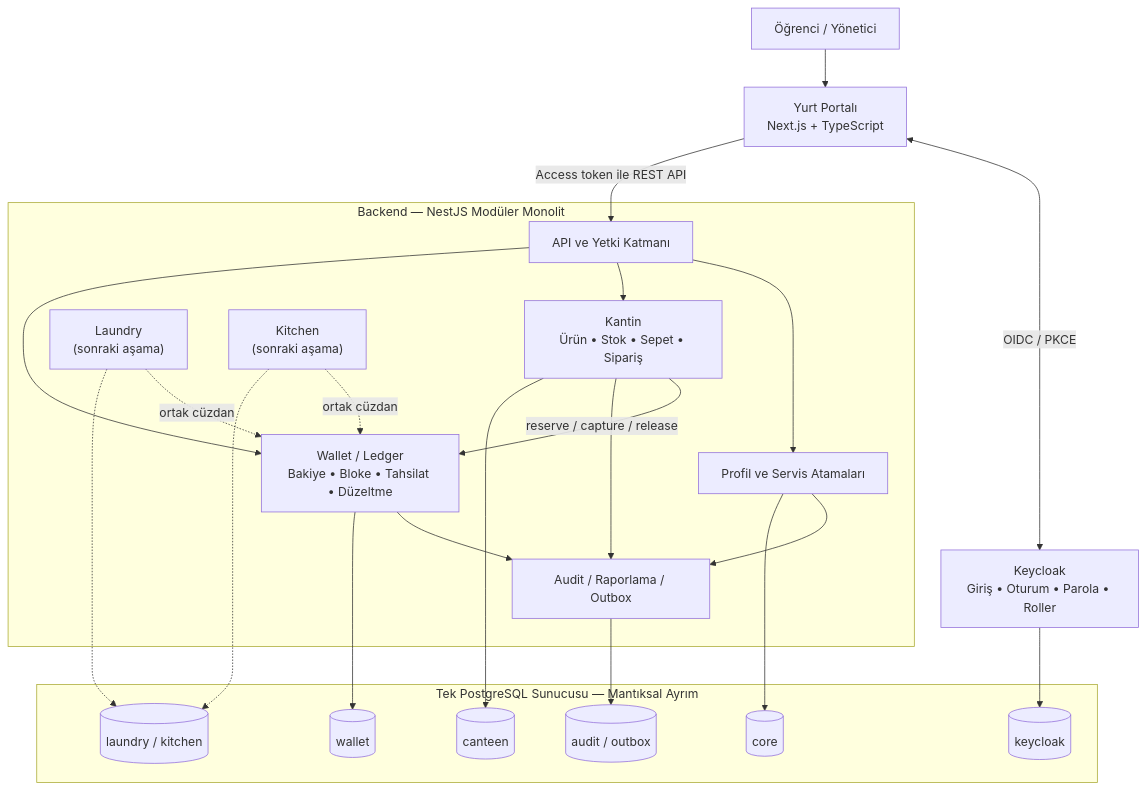
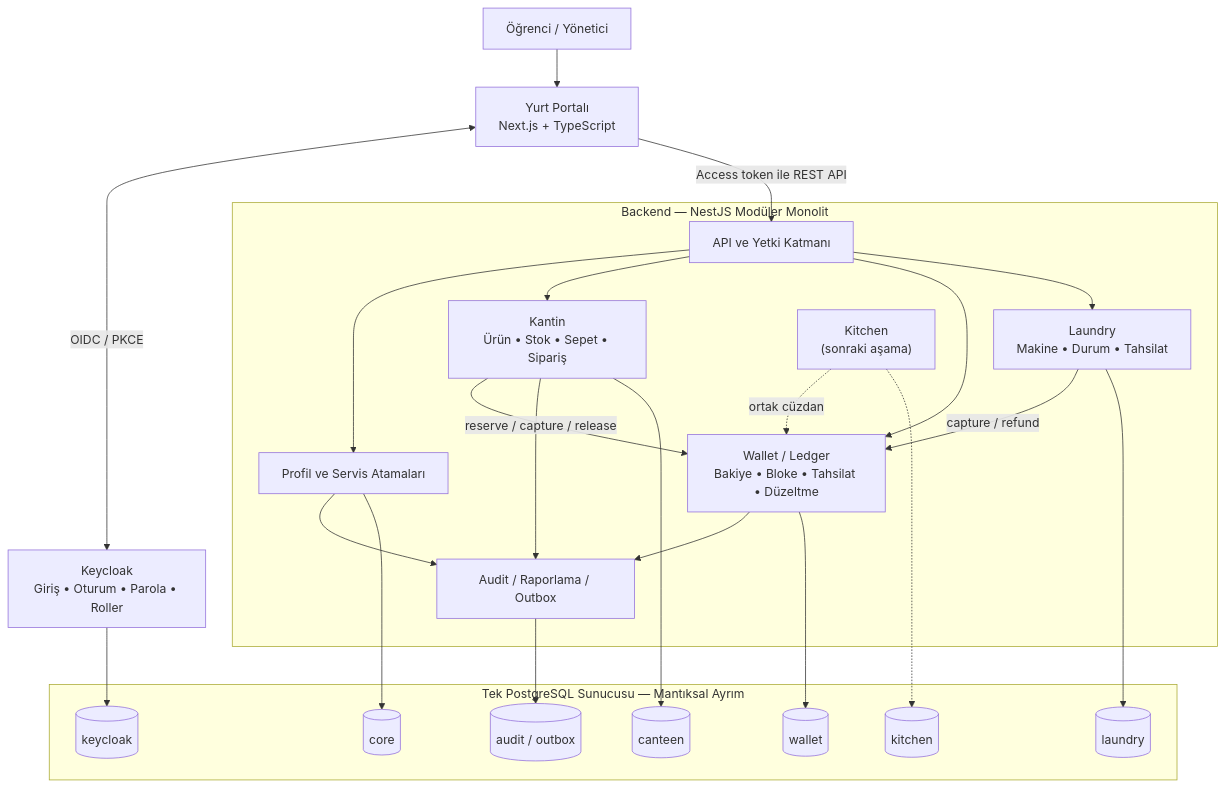
Before and after one commit to Furkandm8xs1/facilititesforstudents: the first of 2 diagrams in docs/architecture.md, drawn with Mermaid. The commit also changed other lines of this file and 32 other files, not shown here.

````diff
--- a/docs/architecture.md
+++ b/docs/architecture.md
@@ -33,43 +34,45 @@
 ```mermaid
 flowchart TB
     USER["Öğrenci / Yönetici"] --> WEB["Yurt Portalı<br/>Next.js + TypeScript"]
     WEB <-->|"OIDC / PKCE"| KC["Keycloak<br/>Giriş • Oturum • Parola • Roller"]
     WEB -->|"Access token ile REST API"| API
 
     subgraph APP["Backend — NestJS Modüler Monolit"]
         API["API ve Yetki Katmanı"]
         PROFILE["Profil ve Servis Atamaları"]
         WALLET["Wallet / Ledger<br/>Bakiye • Bloke • Tahsilat • Düzeltme"]
         CANTEEN["Kantin<br/>Ürün • Stok • Sepet • Sipariş"]
-        LAUNDRY["Laundry<br/>(sonraki aşama)"]
+        LAUNDRY["Laundry<br/>Makine • Durum • Tahsilat"]
         KITCHEN["Kitchen<br/>(sonraki aşama)"]
         AUDIT["Audit / Raporlama / Outbox"]
 
         API --> PROFILE
         API --> CANTEEN
         API --> WALLET
+        API --> LAUNDRY
         CANTEEN -->|"reserve / capture / release"| WALLET
-        LAUNDRY -.->|"ortak cüzdan"| WALLET
+        LAUNDRY -->|"capture / refund"| WALLET
         KITCHEN -.->|"ortak cüzdan"| WALLET
         PROFILE --> AUDIT
         CANTEEN --> AUDIT
         WALLET --> AUDIT
     end
 
     subgraph PG["Tek PostgreSQL Sunucusu — Mantıksal Ayrım"]
         KCDB[("keycloak")]
         COREDB[("core")]
         WALLETDB[("wallet")]
         CANTEENDB[("canteen")]
+        LAUNDRYDB[("laundry")]
         AUDITDB[("audit / outbox")]
-        FUTUREDB[("laundry / kitchen")]
+        FUTUREDB[("kitchen")]
     end
 
     KC --> KCDB
     PROFILE --> COREDB
     WALLET --> WALLETDB
     CANTEEN --> CANTEENDB
+    LAUNDRY --> LAUNDRYDB
     AUDIT --> AUDITDB
-    LAUNDRY -.-> FUTUREDB
     KITCHEN -.-> FUTUREDB
 ```
````
